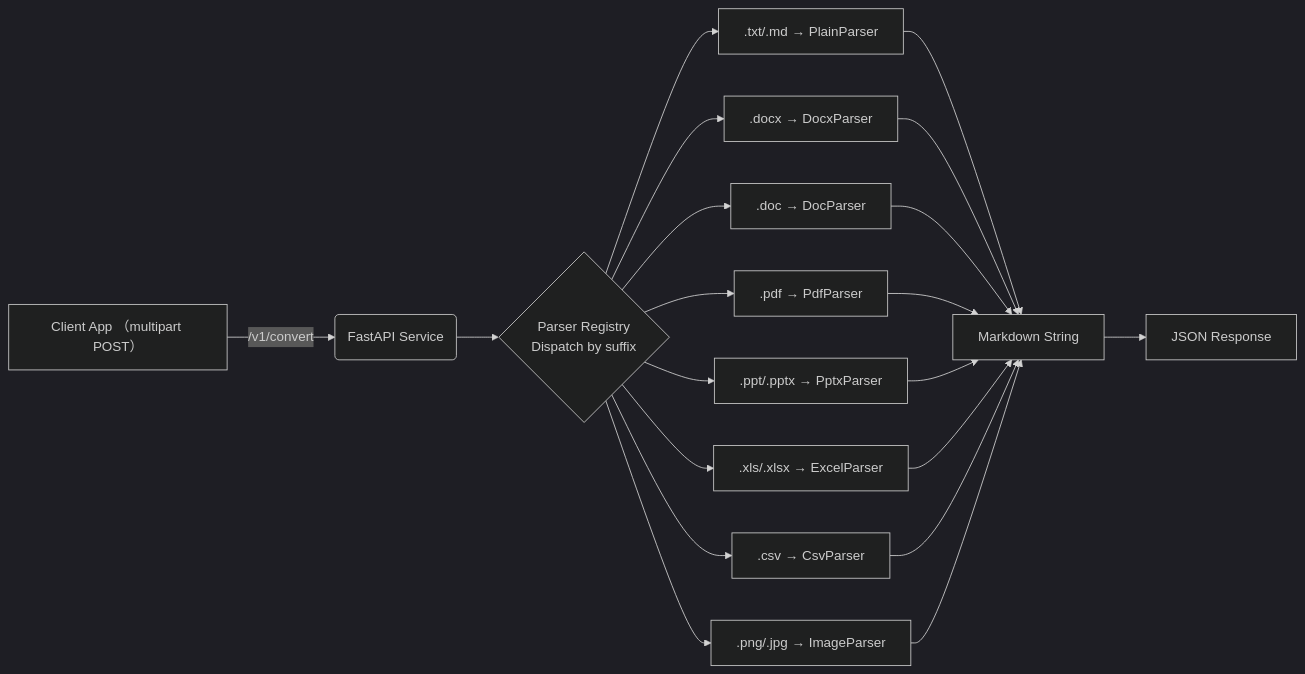
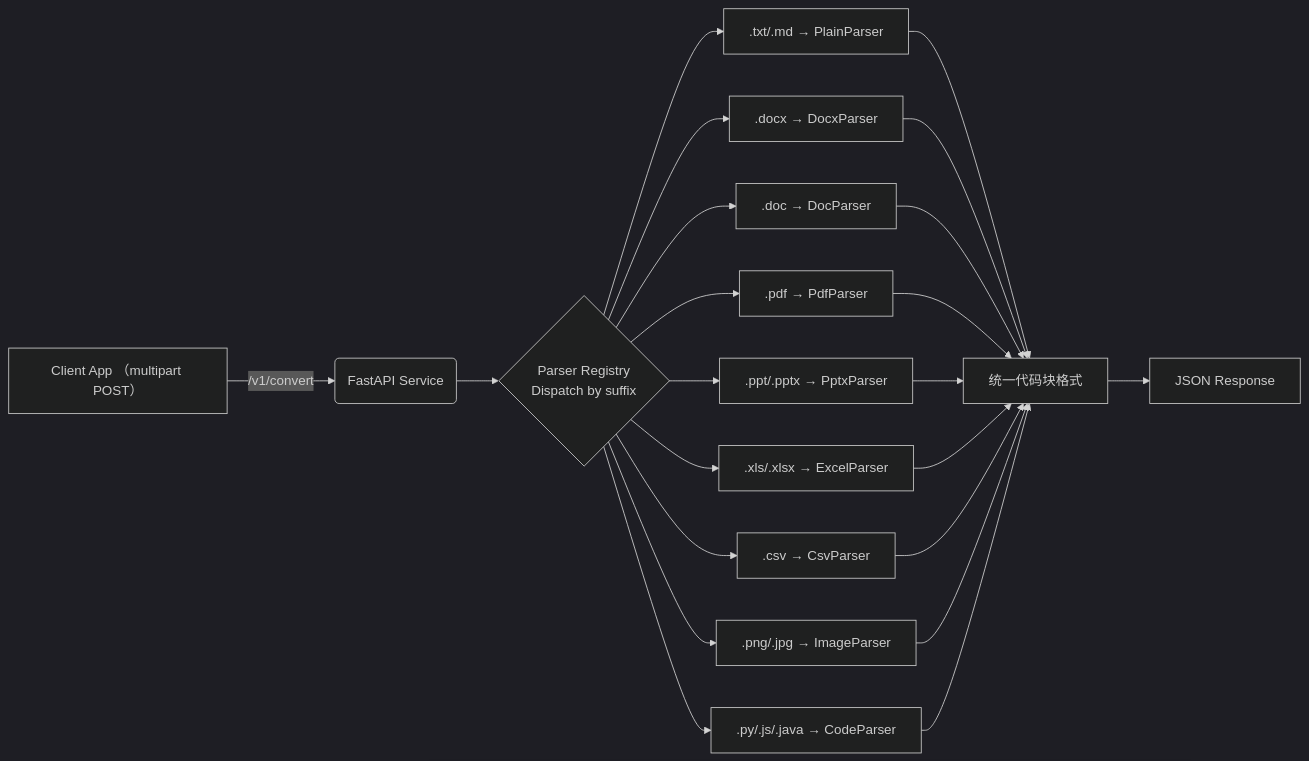
Before and after one commit to MedicNex/file2md: the diagram in Agent.md, drawn with Mermaid (dark theme). The commit also changed other lines of this file and 15 other files, not shown here.

````diff
--- a/Agent.md
+++ b/Agent.md
@@ -24,23 +67,25 @@
 ```mermaid
 flowchart LR
     A[Client App （multipart POST）] -->|/v1/convert| B(FastAPI Service)
     B --> C{Parser Registry
 Dispatch by suffix}
     C --> C1[.txt/.md → PlainParser]
     C --> C2[.docx → DocxParser]
     C --> C3[.doc → DocParser]
     C --> C4[.pdf → PdfParser]
     C --> C5[.ppt/.pptx → PptxParser]
     C --> C6[.xls/.xlsx → ExcelParser]
     C --> C7[.csv → CsvParser]
     C --> C8[.png/.jpg → ImageParser]
-    C1 --> D[Markdown String]
+    C --> C9[.py/.js/.java → CodeParser]
+    C1 --> D[统一代码块格式]
     C2 --> D
     C3 --> D
     C4 --> D
     C5 --> D
     C6 --> D
     C7 --> D
     C8 --> D
+    C9 --> D
     D --> E[JSON Response]
 ```
````
